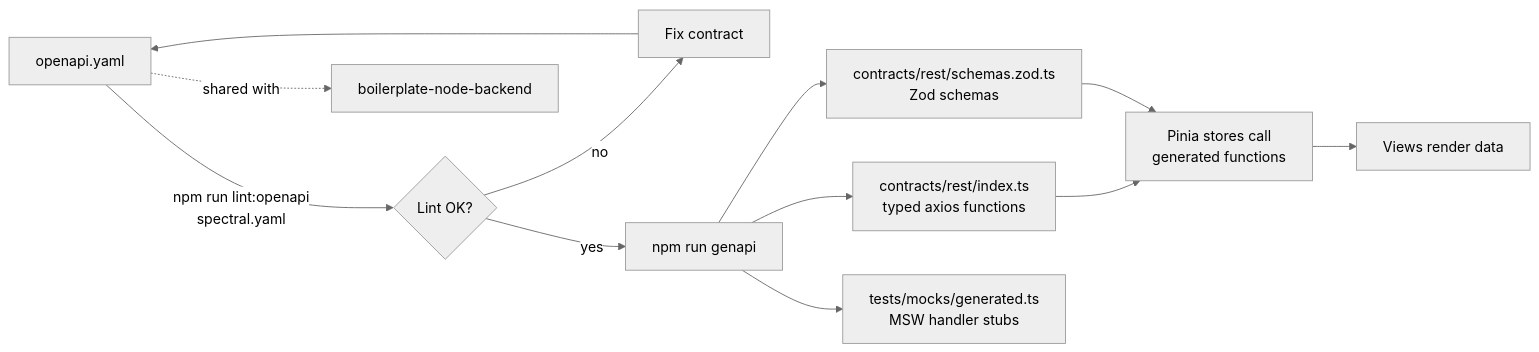
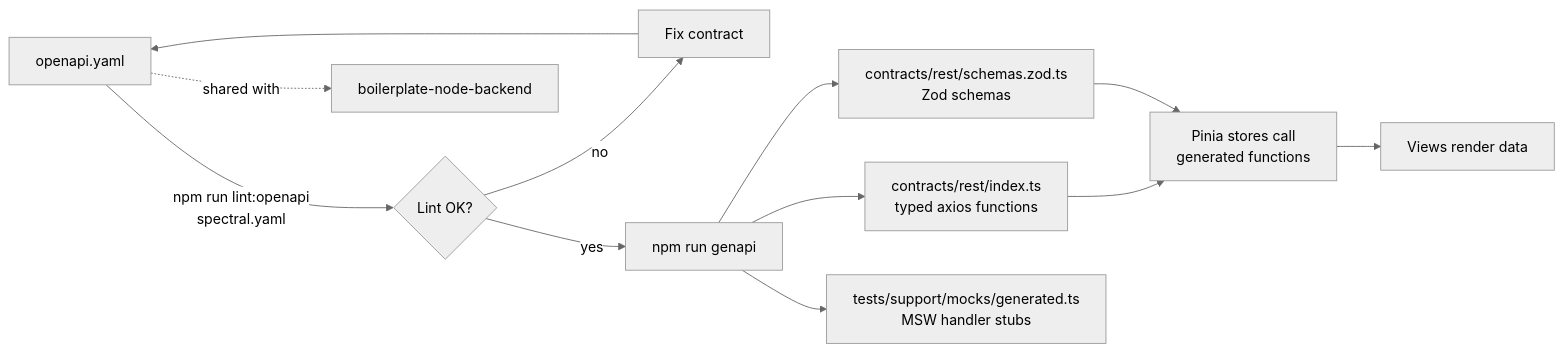
Before and after one commit to Guebbit/boilerplate-vue-frontend: the second of 6 diagrams in README.md, drawn with Mermaid (neutral theme). The commit also changed other lines of this file and 385 other files, not shown here.

First line of the commit message:
feat!: 2.0.0 — modular architecture, tiered substrate, contracts as backend output

````diff
--- a/README.md
+++ b/README.md
@@ -368,14 +392,14 @@
 ```mermaid
 flowchart LR
     A[openapi.yaml] -->|npm run lint:openapi<br/>spectral.yaml| L{Lint OK?}
     L -- no --> X[Fix contract]
     X --> A
     L -- yes --> G[npm run genapi]
     G --> CLIENT[contracts/rest/index.ts<br/>typed axios functions]
     G --> ZOD[contracts/rest/schemas.zod.ts<br/>Zod schemas]
-    G --> MOCKS[tests/mocks/generated.ts<br/>MSW handler stubs]
+    G --> MOCKS[tests/support/mocks/generated.ts<br/>MSW handler stubs]
     CLIENT --> STORES[Pinia stores call<br/>generated functions]
     ZOD --> STORES
     STORES --> VIEWS[Views render data]
     A -.shared with.-> BE[boilerplate-node-backend]
 ```
````
